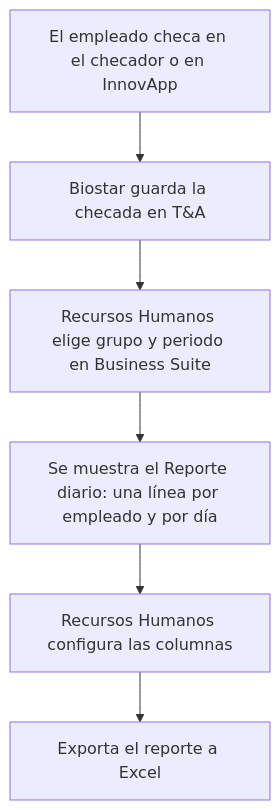
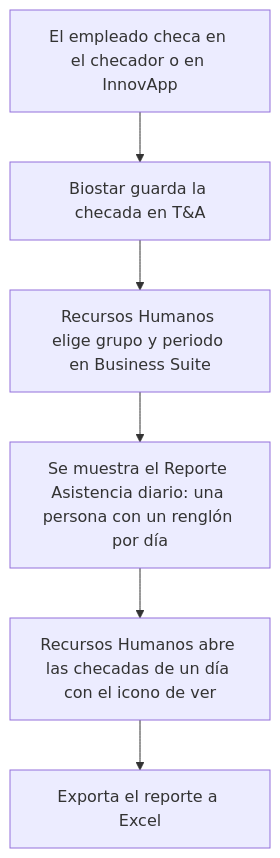
One commit to solis1408/Business-Suite changed the third of 4 diagrams in docs/Proyectos/iNN/Control de Asistencias/Requerimientos-Funcionales-Control-de-Asistencia-Analisis-de-Negocio.md. Above: the diagram before and after it, drawn with Mermaid. The commit also changed other lines of this file, not shown here.

First line of the commit message:
docs(asistencias): agrupa reporte por persona, fija columnas y agrega historial en InnovApp

````diff
--- a/docs/Proyectos/iNN/Control de Asistencias/Requerimientos-Funcionales-Control-de-Asistencia-Analisis-de-Negocio.md
+++ b/docs/Proyectos/iNN/Control de Asistencias/Requerimientos-Funcionales-Control-de-Asistencia-Analisis-de-Negocio.md
@@ -1505,8 +1504,8 @@
 ```mermaid
 flowchart TD
     A[El empleado checa en el checador o en InnovApp] --> B[Biostar guarda la checada en T&A]
     B --> C[Recursos Humanos elige grupo y periodo en Business Suite]
-    C --> D[Se muestra el Reporte diario: una línea por empleado y por día]
-    D --> E[Recursos Humanos configura las columnas]
+    C --> D[Se muestra el Reporte Asistencia diario: una persona con un renglón por día]
+    D --> E[Recursos Humanos abre las checadas de un día con el icono de ver]
     E --> F[Exporta el reporte a Excel]
 ```
````
